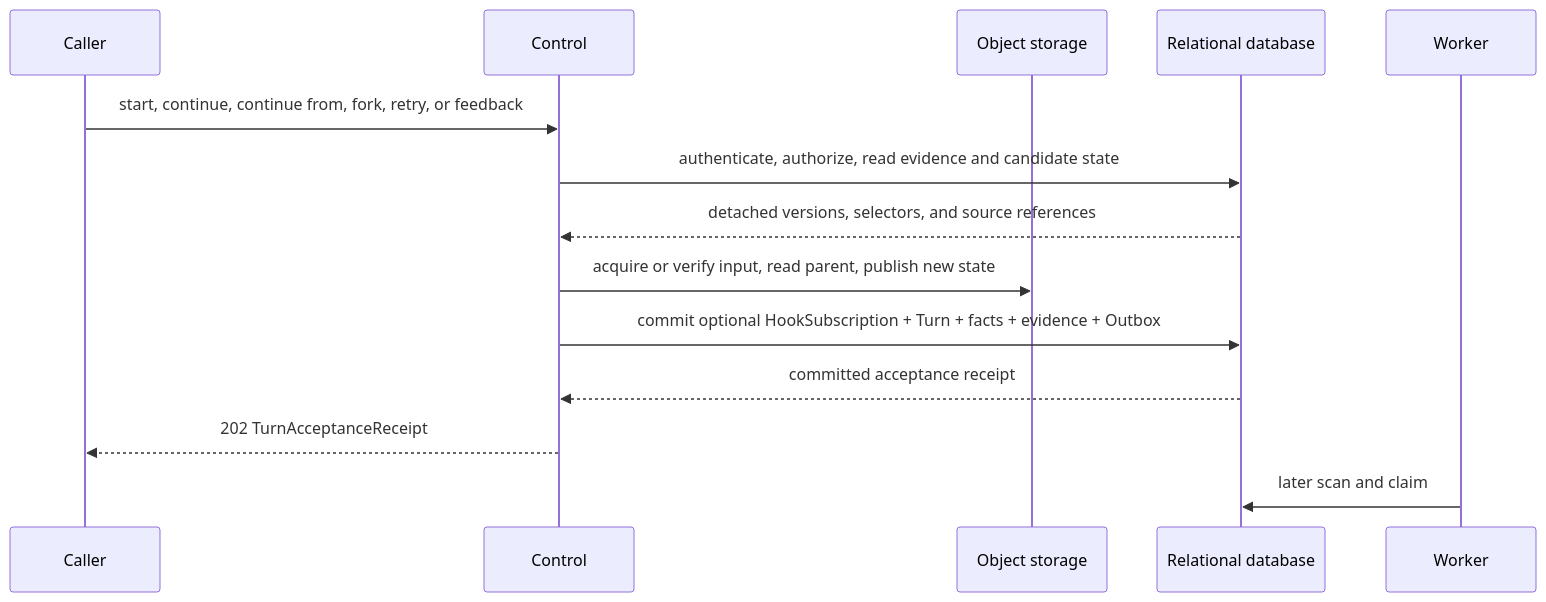
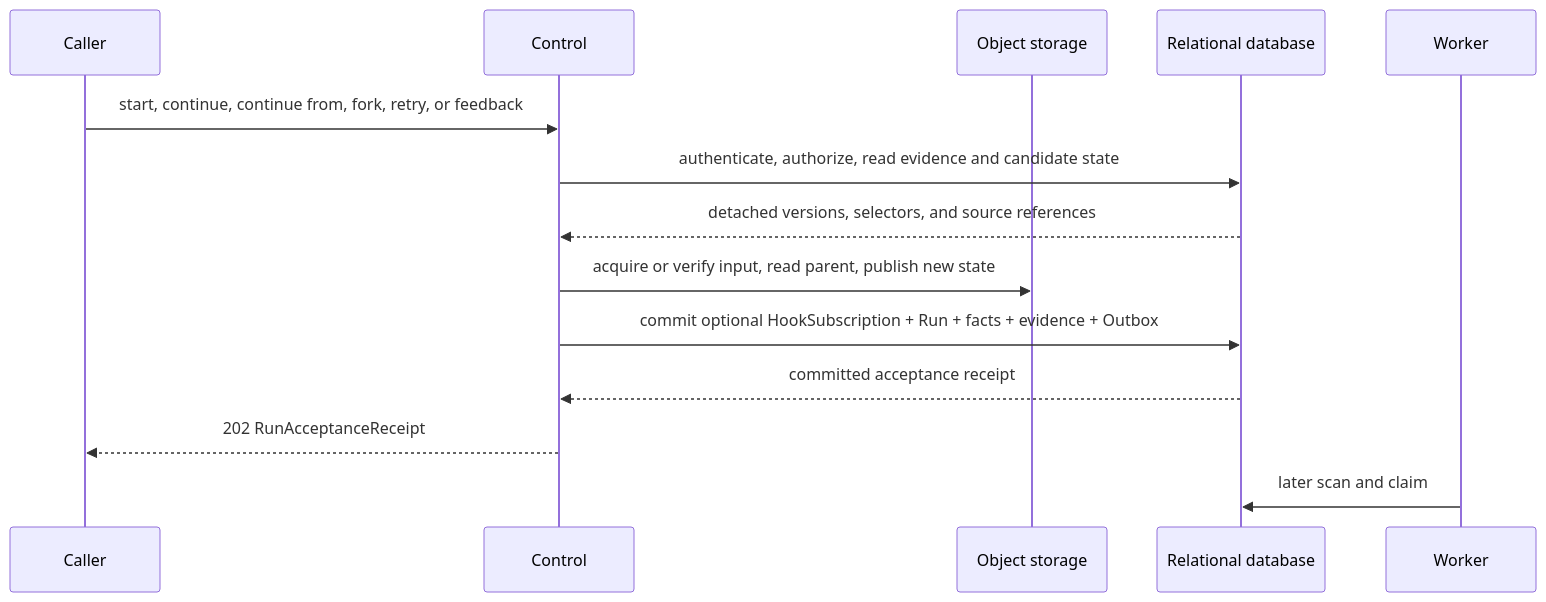
One commit to LTThreeComma/agent-foundation changed the first of 2 diagrams in spec/foundation-service/34-agent-control-input-and-continuation.md. Above: the diagram before and after it, drawn with Mermaid. The commit also changed other lines of this file and 50 other files, not shown here.

````diff
--- a/spec/foundation-service/34-agent-control-input-and-continuation.md
+++ b/spec/foundation-service/34-agent-control-input-and-continuation.md
@@ -59,17 +59,17 @@
 ```mermaid
 sequenceDiagram
     participant Caller
     participant Control
     participant Objects as Object storage
     participant DB as Relational database
     participant Worker
 
     Caller->>Control: start, continue, continue from, fork, retry, or feedback
     Control->>DB: authenticate, authorize, read evidence and candidate state
     DB-->>Control: detached versions, selectors, and source references
     Control->>Objects: acquire or verify input, read parent, publish new state
-    Control->>DB: commit optional HookSubscription + Turn + facts + evidence + Outbox
+    Control->>DB: commit optional HookSubscription + Run + facts + evidence + Outbox
     DB-->>Control: committed acceptance receipt
-    Control-->>Caller: 202 TurnAcceptanceReceipt
+    Control-->>Caller: 202 RunAcceptanceReceipt
     Worker->>DB: later scan and claim
 ```
````
